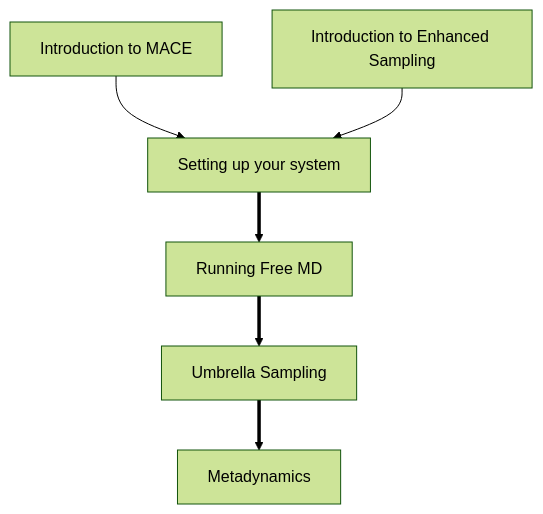
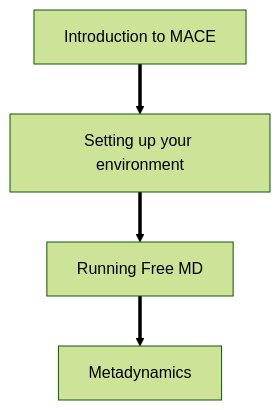
Before and after one commit to water-ice-group/plumed_tutorial_mace: the diagram in NAVIGATION.md, drawn with Mermaid (forest theme). The commit also changed other lines of this file, not shown here.

````diff
--- a/NAVIGATION.md
+++ b/NAVIGATION.md
@@ -13,8 +13,6 @@
 ```mermaid
 flowchart TD
-  A[Introduction to MACE] --> B[Setting up your system];
-  C[Introduction to Enhanced Sampling] --> B;
+  A[Introduction to MACE] ==> B[Setting up your environment];
   B ==> D[Running Free MD]
-  D ==> E[Umbrella Sampling];
-  E ==> F[Metadynamics];
+  D ==> F[Metadynamics];
 ```
````
